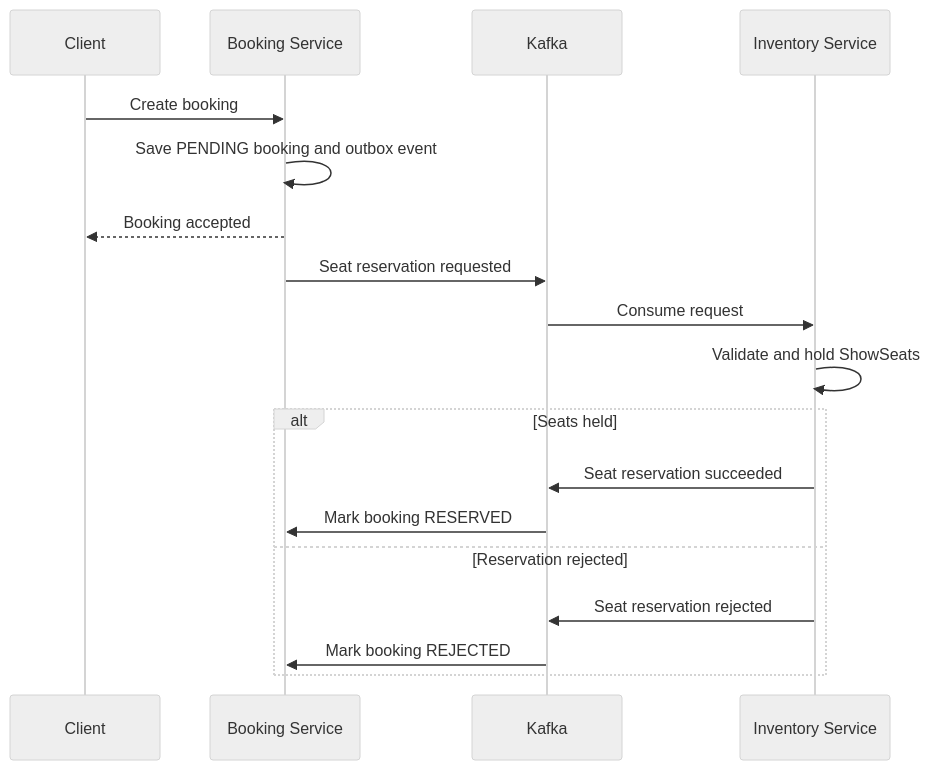
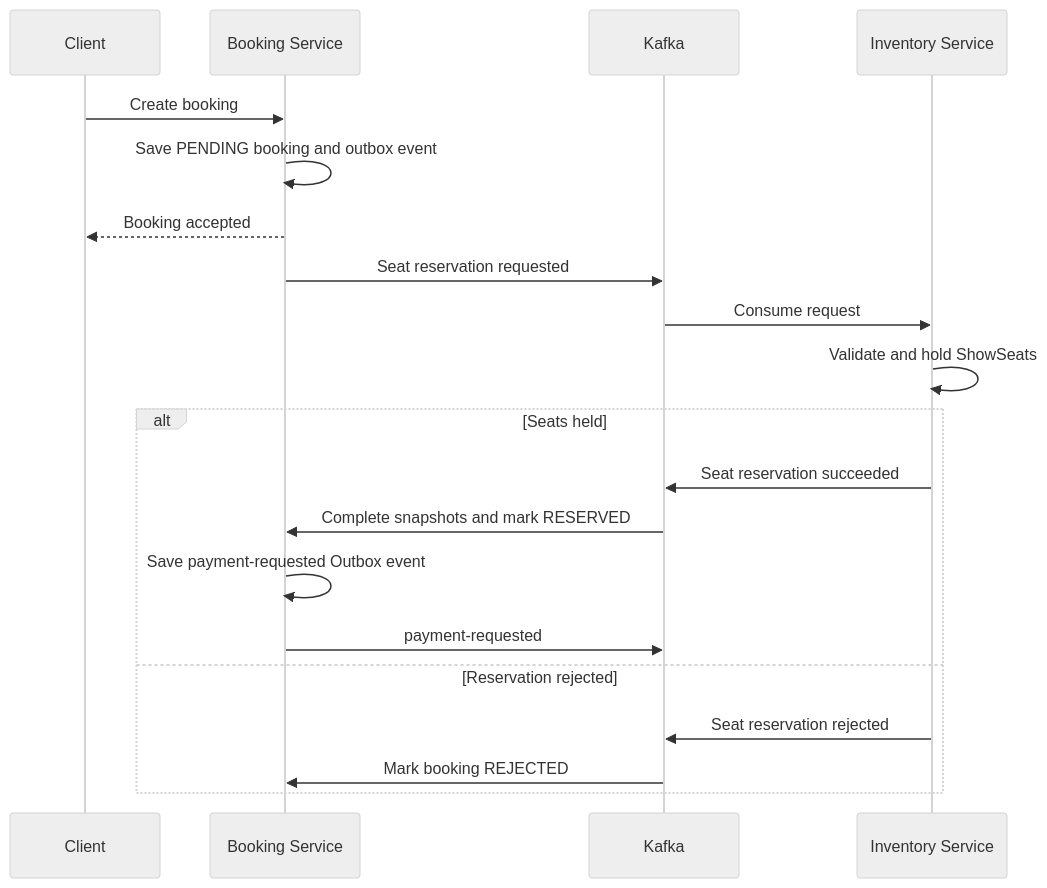
The second of 2 diagrams in README.md (HuyKunNe/cinema-system), drawn with Mermaid (neutral theme) before and after one commit. The commit also changed other lines of this file and 5 other files, not shown here.

Commit message:
feat(booking): complete payment event preparation and R26 closure

````diff
--- a/README.md
+++ b/README.md
@@ -355,22 +356,24 @@
 ```mermaid
 sequenceDiagram
     participant Client
     participant Booking as Booking Service
     participant Kafka
     participant Inventory as Inventory Service
 
     Client->>Booking: Create booking
     Booking->>Booking: Save PENDING booking and outbox event
     Booking-->>Client: Booking accepted
     Booking->>Kafka: Seat reservation requested
     Kafka->>Inventory: Consume request
     Inventory->>Inventory: Validate and hold ShowSeats
 
     alt Seats held
         Inventory->>Kafka: Seat reservation succeeded
-        Kafka->>Booking: Mark booking RESERVED
+        Kafka->>Booking: Complete snapshots and mark RESERVED
+        Booking->>Booking: Save payment-requested Outbox event
+        Booking->>Kafka: payment-requested
     else Reservation rejected
         Inventory->>Kafka: Seat reservation rejected
         Kafka->>Booking: Mark booking REJECTED
     end
 ```
````
